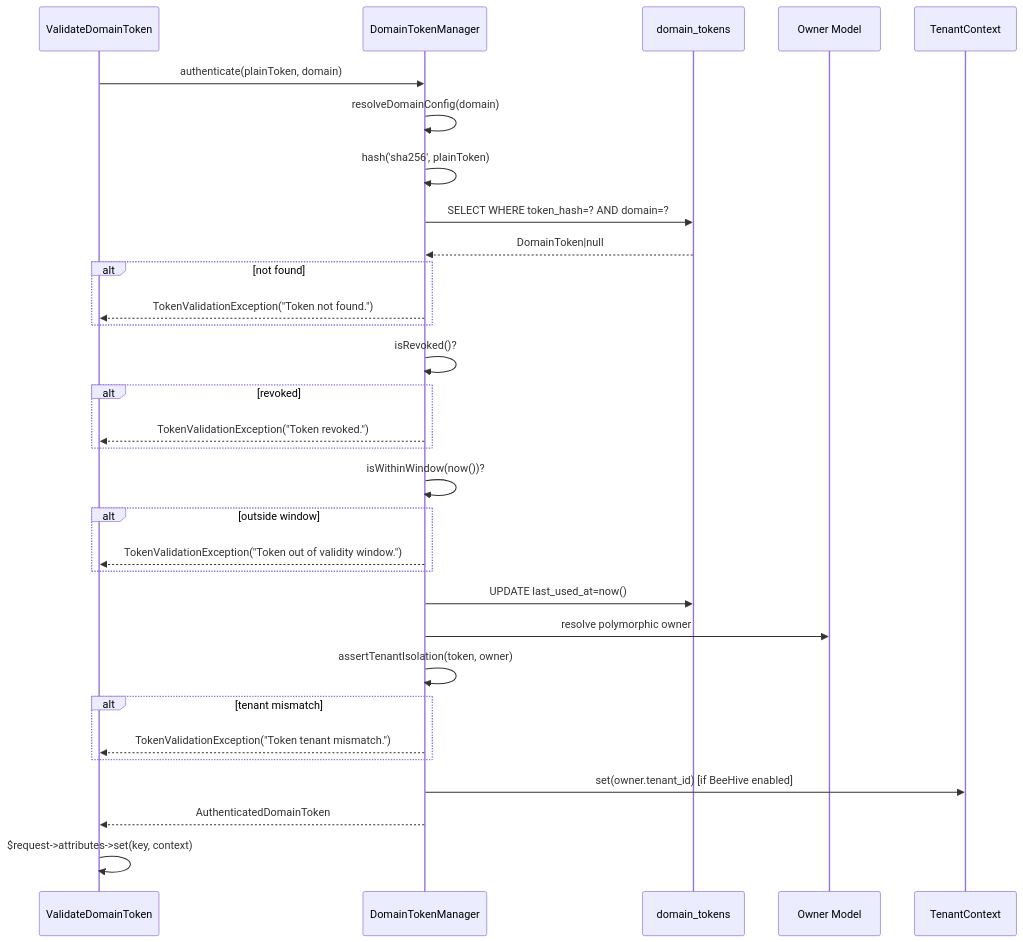
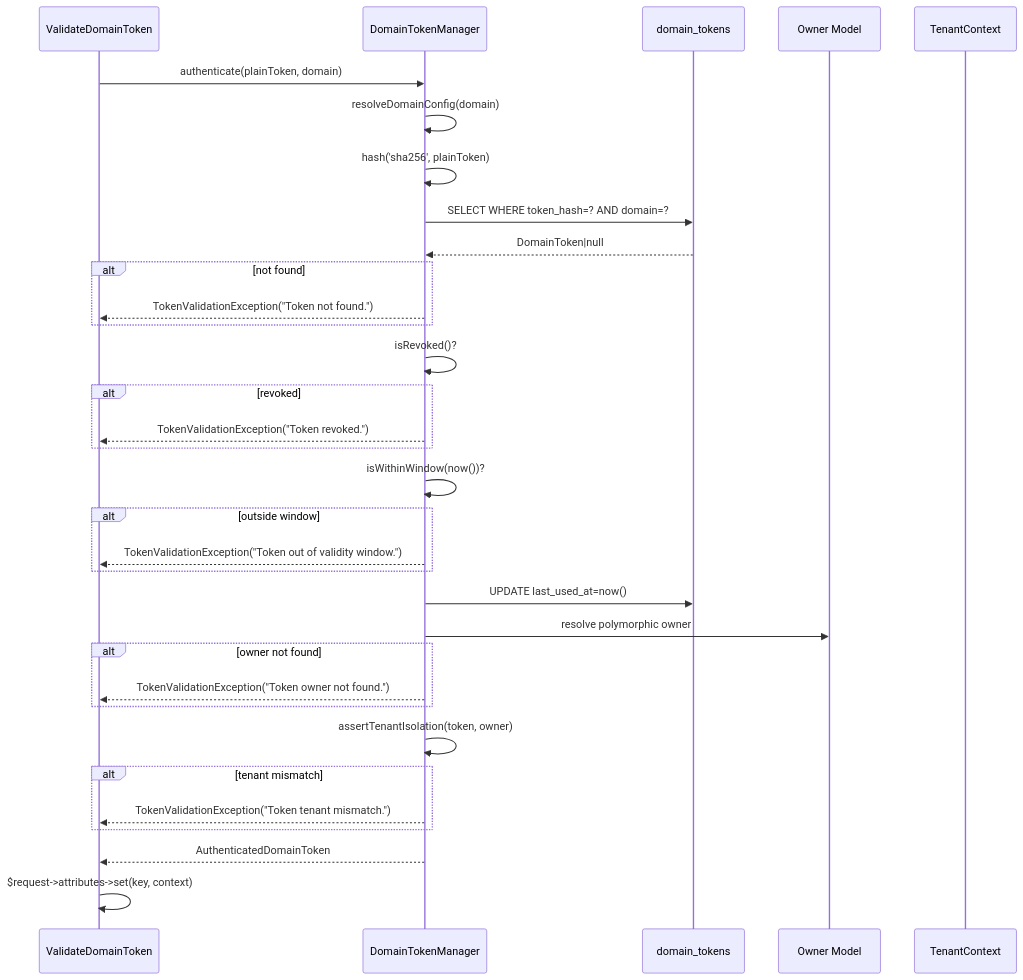
One commit to EquidnaMX/domain-token-auth changed the second of 3 diagrams in doc/business-logic-and-core-processes.md. Above: the diagram before and after it, drawn with Mermaid. The commit also changed other lines of this file and 18 other files, not shown here.

````diff
--- a/doc/business-logic-and-core-processes.md
+++ b/doc/business-logic-and-core-processes.md
@@ -76,34 +74,36 @@
 ```mermaid
 sequenceDiagram
     participant MW as ValidateDomainToken
     participant Mgr as DomainTokenManager
     participant DB as domain_tokens
     participant Owner as Owner Model
     participant TC as TenantContext
 
     MW->>Mgr: authenticate(plainToken, domain)
     Mgr->>Mgr: resolveDomainConfig(domain)
     Mgr->>Mgr: hash('sha256', plainToken)
     Mgr->>DB: SELECT WHERE token_hash=? AND domain=?
     DB-->>Mgr: DomainToken|null
     alt not found
         Mgr-->>MW: TokenValidationException("Token not found.")
     end
     Mgr->>Mgr: isRevoked()?
     alt revoked
         Mgr-->>MW: TokenValidationException("Token revoked.")
     end
     Mgr->>Mgr: isWithinWindow(now())?
     alt outside window
         Mgr-->>MW: TokenValidationException("Token out of validity window.")
     end
     Mgr->>DB: UPDATE last_used_at=now()
     Mgr->>Owner: resolve polymorphic owner
+    alt owner not found
+        Mgr-->>MW: TokenValidationException("Token owner not found.")
+    end
     Mgr->>Mgr: assertTenantIsolation(token, owner)
     alt tenant mismatch
         Mgr-->>MW: TokenValidationException("Token tenant mismatch.")
     end
-    Mgr->>TC: set(owner.tenant_id) [if BeeHive enabled]
     Mgr-->>MW: AuthenticatedDomainToken
     MW->>MW: $request->attributes->set(key, context)
 ```
````
